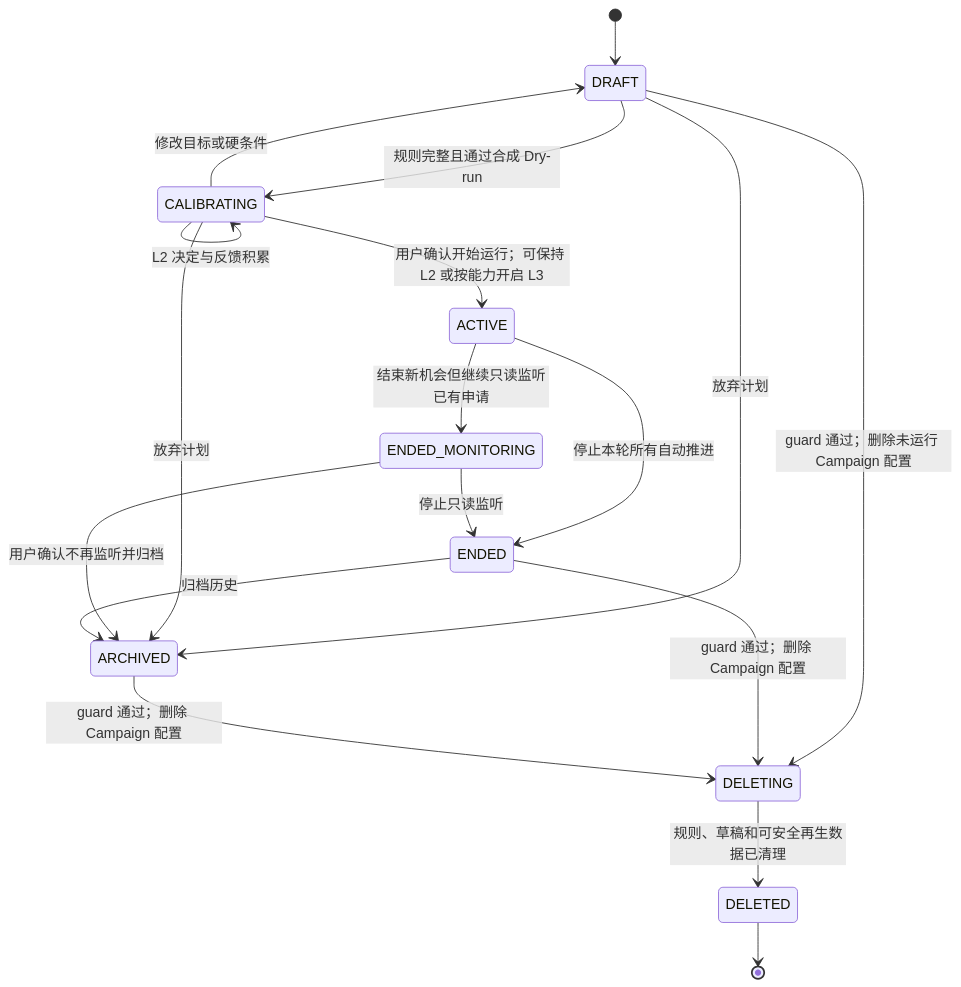
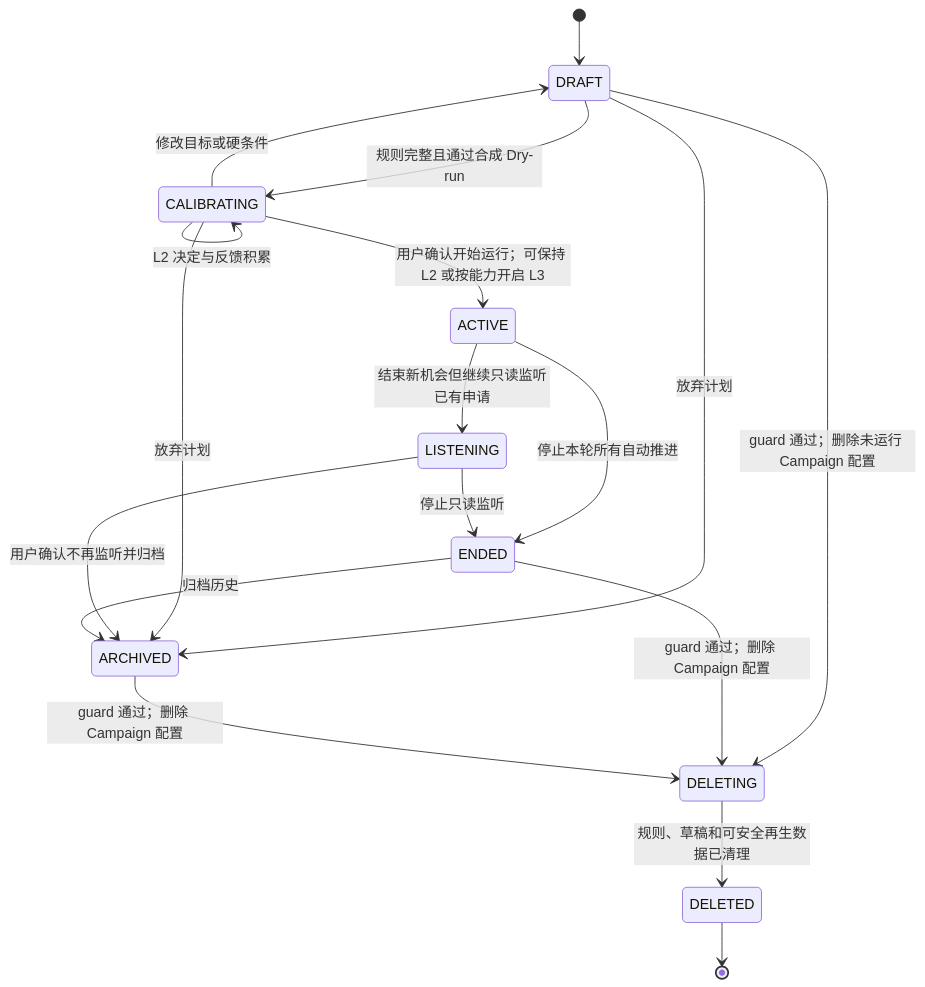
One commit to AnnCYW-cm/rolefox changed the third of 17 diagrams in docs/product/uml/03-state-machines.md. Above: the diagram before and after it, drawn with Mermaid. The commit also changed other lines of this file and 22 other files, not shown here.

Commit message:
docs: accept v0.1 product and UML baseline

````diff
--- a/docs/product/uml/03-state-machines.md
+++ b/docs/product/uml/03-state-machines.md
@@ -62,21 +76,21 @@
 ```mermaid
 stateDiagram-v2
     %% @anchor CAMPAIGN_LIFECYCLE
     [*] --> DRAFT
     DRAFT --> CALIBRATING : 规则完整且通过合成 Dry-run
     CALIBRATING --> CALIBRATING : L2 决定与反馈积累
     CALIBRATING --> ACTIVE : 用户确认开始运行；可保持 L2 或按能力开启 L3
     CALIBRATING --> DRAFT : 修改目标或硬条件
     DRAFT --> ARCHIVED : 放弃计划
     CALIBRATING --> ARCHIVED : 放弃计划
-    ACTIVE --> ENDED_MONITORING : 结束新机会但继续只读监听已有申请
+    ACTIVE --> LISTENING : 结束新机会但继续只读监听已有申请
     ACTIVE --> ENDED : 停止本轮所有自动推进
-    ENDED_MONITORING --> ENDED : 停止只读监听
-    ENDED_MONITORING --> ARCHIVED : 用户确认不再监听并归档
+    LISTENING --> ENDED : 停止只读监听
+    LISTENING --> ARCHIVED : 用户确认不再监听并归档
     ENDED --> ARCHIVED : 归档历史
     DRAFT --> DELETING : guard 通过；删除未运行 Campaign 配置
     ENDED --> DELETING : guard 通过；删除 Campaign 配置
     ARCHIVED --> DELETING : guard 通过；删除 Campaign 配置
     DELETING --> DELETED : 规则、草稿和可安全再生数据已清理
     DELETED --> [*]
 ```
````
